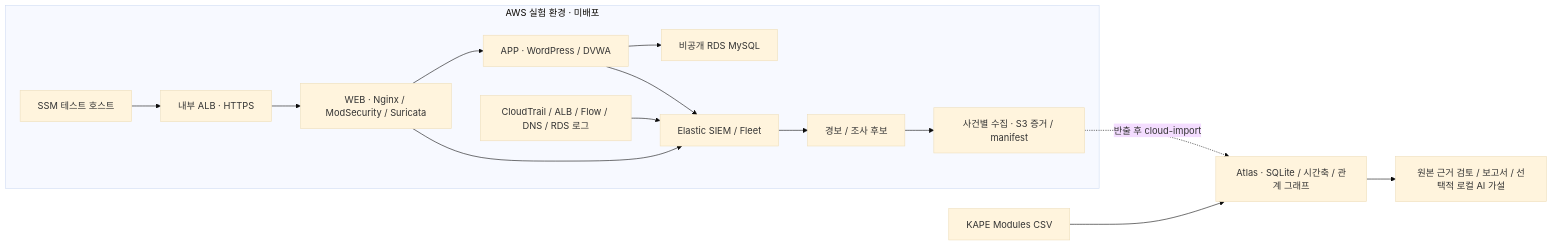
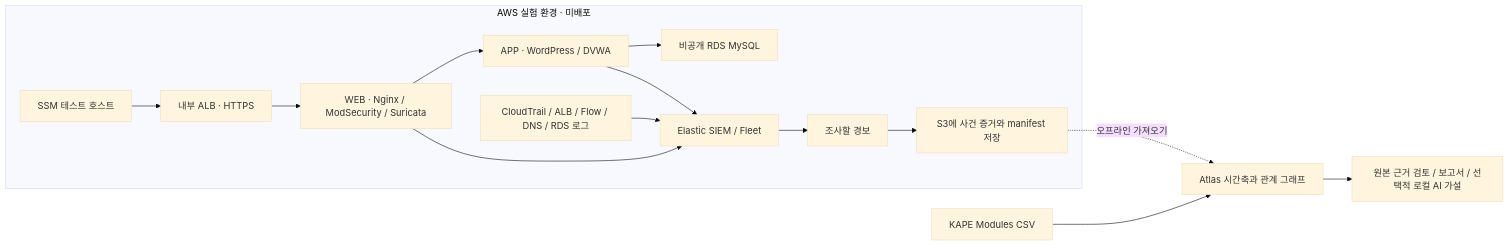
The diagram in DEVELOPMENT.md (acvbbnm/dfir), drawn with Mermaid (base theme) before and after one commit. The commit also changed 7 other files, not shown here.

````diff
--- a/DEVELOPMENT.md
+++ b/DEVELOPMENT.md
@@ -30,17 +30,17 @@
 ```mermaid
 flowchart LR
     subgraph AWS["AWS 실험 환경 · 미배포"]
         T["SSM 테스트 호스트"] --> L["내부 ALB · HTTPS"]
         L --> W["WEB · Nginx / ModSecurity / Suricata"]
         W --> A["APP · WordPress / DVWA"]
         A --> D["비공개 RDS MySQL"]
         W --> S["Elastic SIEM / Fleet"]
         A --> S
         C["CloudTrail / ALB / Flow / DNS / RDS 로그"] --> S
-        S --> Q["경보 / 조사 후보"]
-        Q --> E["사건별 수집 · S3 증거 / manifest"]
+        S --> Q["조사할 경보"]
+        Q --> E["S3에 사건 증거와 manifest 저장"]
     end
-    E -.->|"반출 후 cloud-import"| AT["Atlas · SQLite / 시간축 / 관계 그래프"]
+    E -.->|"오프라인 가져오기"| AT["Atlas 시간축과 관계 그래프"]
     K["KAPE Modules CSV"] --> AT
     AT --> R["원본 근거 검토 / 보고서 / 선택적 로컬 AI 가설"]
 ```
````
